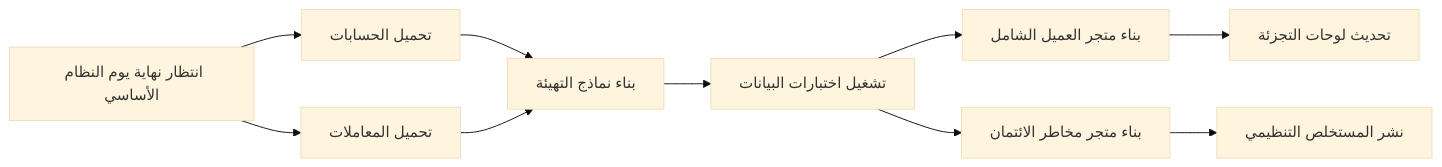
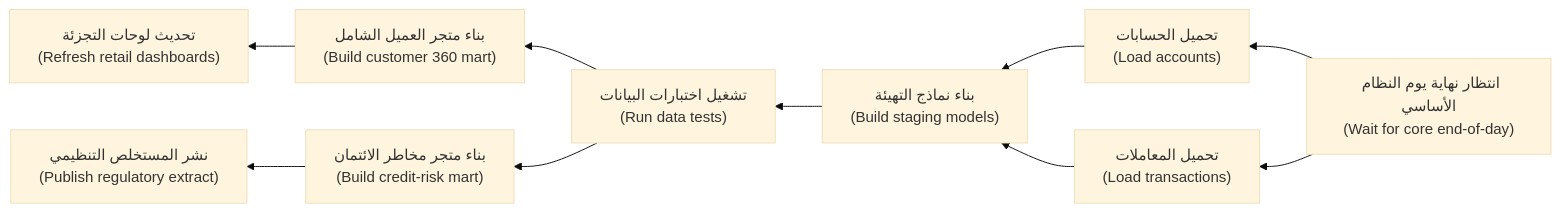
Before and after one commit to Tamoura/system-design-for-vibe-coders: the second of 3 diagrams in data/modules/02-pipelines.ar.md, drawn with Mermaid (base theme). The commit also changed other lines of this file and 20 other files, not shown here.

First line of the commit message:
New courses: Arabic diagrams read right-to-left with English labels (modules 0–6)

````diff
--- a/data/modules/02-pipelines.ar.md
+++ b/data/modules/02-pipelines.ar.md
@@ -311,12 +311,12 @@
 ```mermaid
-flowchart LR
-  A["انتظار نهاية يوم النظام الأساسي"] --> B["تحميل الحسابات"]
-  A --> C["تحميل المعاملات"]
-  B --> D["بناء نماذج التهيئة"]
+flowchart RL
+  A["انتظار نهاية يوم النظام الأساسي<br/>(Wait for core end-of-day)"] --> B["تحميل الحسابات<br/>(Load accounts)"]
+  A --> C["تحميل المعاملات<br/>(Load transactions)"]
+  B --> D["بناء نماذج التهيئة<br/>(Build staging models)"]
   C --> D
-  D --> E["تشغيل اختبارات البيانات"]
-  E --> F["بناء متجر العميل الشامل"]
-  E --> G["بناء متجر مخاطر الائتمان"]
-  F --> H["تحديث لوحات التجزئة"]
-  G --> I["نشر المستخلص التنظيمي"]
+  D --> E["تشغيل اختبارات البيانات<br/>(Run data tests)"]
+  E --> F["بناء متجر العميل الشامل<br/>(Build customer 360 mart)"]
+  E --> G["بناء متجر مخاطر الائتمان<br/>(Build credit-risk mart)"]
+  F --> H["تحديث لوحات التجزئة<br/>(Refresh retail dashboards)"]
+  G --> I["نشر المستخلص التنظيمي<br/>(Publish regulatory extract)"]
 ```
````
